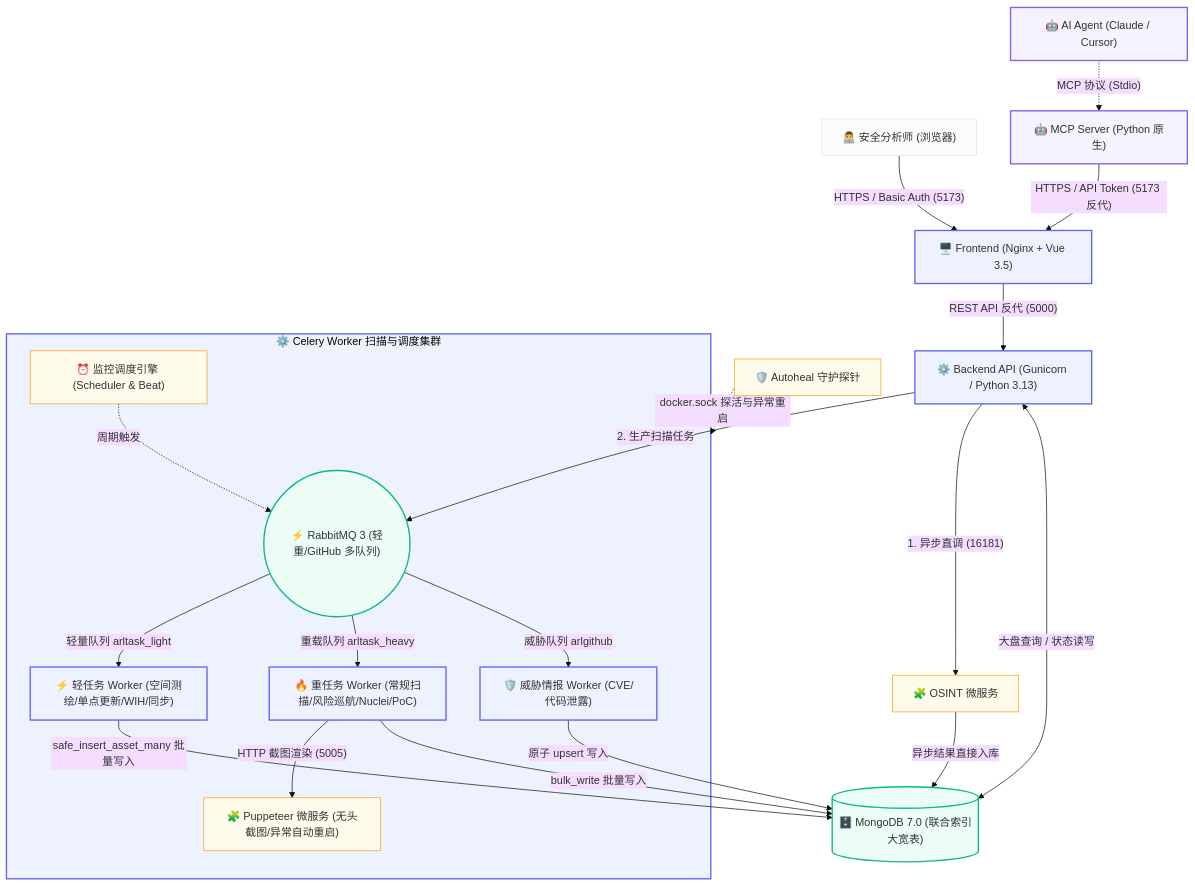
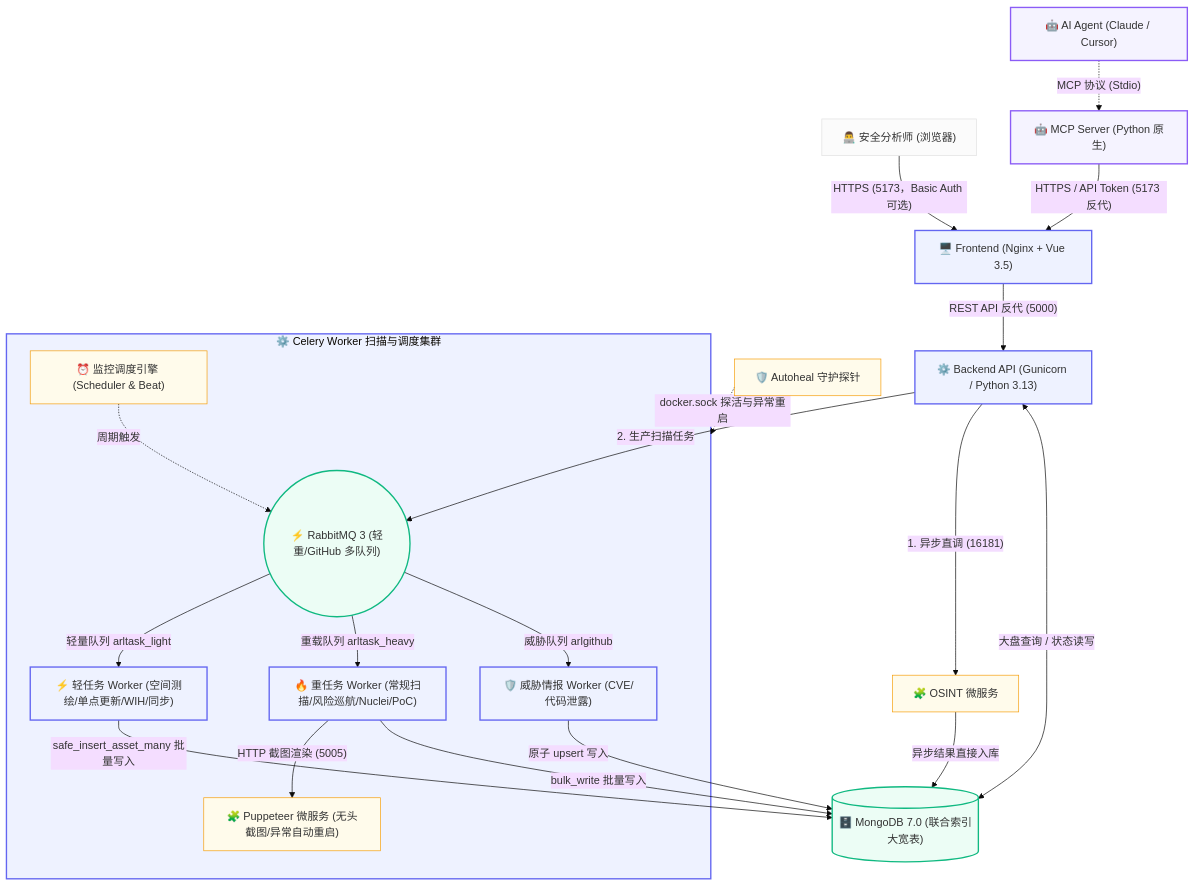
One commit to WeilianC/ARL-Next changed the diagram in README.md. Above: the diagram before and after it, drawn with Mermaid (base theme). The commit also changed 1 other file, not shown here.

Commit message:
docs(readme): 修正架构图中 Basic Auth 标注与默认关闭口径不一致
架构图 Nginx 入口连线原标注为 "HTTPS / Basic Auth (5173)"，易被读作
访问 5173 即需 Basic Auth。实际 default.conf.prod 中 auth_basic 为 off
（默认关闭），仅由 updater 的 toggle_auth 在用户主动开启时改写。现将
连线标注调整为 "HTTPS (5173，Basic Auth 可选)"，与正文架构要点、部署
章节及凭证表保持一致，收敛图表与文档的表述口径。

中英文版本同步修改，保持双语对称。

````diff
--- a/README.md
+++ b/README.md
@@ -141,44 +141,44 @@
 ```mermaid
 graph TD
     %% 1. 接入层
-    User["👨‍💻 安全分析师 (浏览器)"] -->|"HTTPS / Basic Auth (5173)"| Nginx["🖥️ Frontend (Nginx + Vue 3.5)"]
+    User["👨‍💻 安全分析师 (浏览器)"] -->|"HTTPS (5173，Basic Auth 可选)"| Nginx["🖥️ Frontend (Nginx + Vue 3.5)"]
     Agent["🤖 AI Agent (Claude / Cursor)"] -.->|"MCP 协议 (Stdio)"| MCP["🤖 MCP Server (Python 原生)"]
 
     %% 2. API 网关层
     Nginx -->|"REST API 反代 (5000)"| Backend["⚙️ Backend API (Gunicorn / Python 3.13)"]
     MCP -->|"HTTPS / API Token (5173 反代)"| Nginx
 
     %% 3. 调度与任务分流 (双轨解耦)
     Backend -->|"1. 异步直调 (16181)"| OSINT["🧩 OSINT 微服务"]
     Backend -->|"2. 生产扫描任务"| MQ(("⚡ RabbitMQ 3 (轻重/GitHub 多队列)"))
 
     %% 4. Celery Worker 扫描计算集群
     subgraph WorkerCluster ["⚙️ Celery Worker 扫描与调度集群"]
         MQ -->|"轻量队列 arltask_light"| W_Light["⚡ 轻任务 Worker (空间测绘/单点更新/WIH/同步)"]
         MQ -->|"重载队列 arltask_heavy"| W_Heavy["🔥 重任务 Worker (常规扫描/风险巡航/Nuclei/PoC)"]
         MQ -->|"威胁队列 arlgithub"| W_Git["🛡️ 威胁情报 Worker (CVE/代码泄露)"]
         
         Scheduler["⏰ 监控调度引擎 (Scheduler & Beat)"] -.->|"周期触发"| MQ
         W_Heavy -->|"HTTP 截图渲染 (5005)"| Puppeteer["🧩 Puppeteer 微服务 (无头截图/异常自动重启)"]
     end
 
     %% 5. 数据统一落库 (从上往下自然汇聚分流)
     Backend <-->|"大盘查询 / 状态读写"| DB[("🗄️ MongoDB 7.0 (联合索引大宽表)")]
     OSINT -->|"异步结果直接入库"| DB
     W_Light -->|"safe_insert_asset_many 批量写入"| DB
     W_Heavy -->|"bulk_write 批量写入"| DB
     W_Git -->|"原子 upsert 写入"| DB
 
     Autoheal["🛡️ Autoheal 守护探针"] -.->|"docker.sock 探活与异常重启"| WorkerCluster
 
     classDef default fill:#fbfbfb,stroke:#e0e0e0,stroke-width:1px;
     classDef core fill:#eef2ff,stroke:#6366f1,stroke-width:2px;
     classDef ai fill:#f5f3ff,stroke:#8b5cf6,stroke-width:2px;
     classDef db fill:#ecfdf5,stroke:#10b981,stroke-width:2px;
     classDef micro fill:#fffbeb,stroke:#f59e0b,stroke-width:1px;
     
     class Nginx,Backend,WorkerCluster,W_Light,W_Heavy,W_Git core;
     class Agent,MCP ai;
     class DB,MQ db;
     class OSINT,Puppeteer,Autoheal,Scheduler micro;
 ```
````
